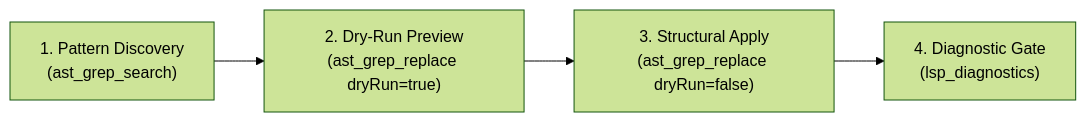
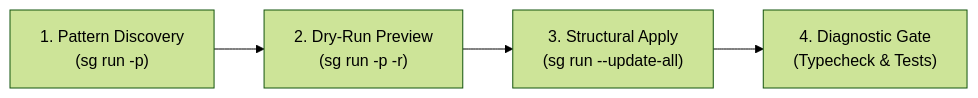
One commit to daeryundf2-prog/lazyargon changed the diagram in skills/refactor/references/ast-refactor.md. Above: the diagram before and after it, drawn with Mermaid (forest theme). The commit also changed other lines of this file and 18 other files, not shown here.

````diff
--- a/skills/refactor/references/ast-refactor.md
+++ b/skills/refactor/references/ast-refactor.md
@@ -24,6 +25,6 @@
 ```mermaid
 flowchart LR
-    P1["1. Pattern Discovery<br/>(ast_grep_search)"] --> P2["2. Dry-Run Preview<br/>(ast_grep_replace dryRun=true)"]
-    P2 --> P3["3. Structural Apply<br/>(ast_grep_replace dryRun=false)"]
-    P3 --> P4["4. Diagnostic Gate<br/>(lsp_diagnostics)"]
+    P1["1. Pattern Discovery<br/>(sg run -p)"] --> P2["2. Dry-Run Preview<br/>(sg run -p -r)"]
+    P2 --> P3["3. Structural Apply<br/>(sg run --update-all)"]
+    P3 --> P4["4. Diagnostic Gate<br/>(Typecheck & Tests)"]
 ```
````
